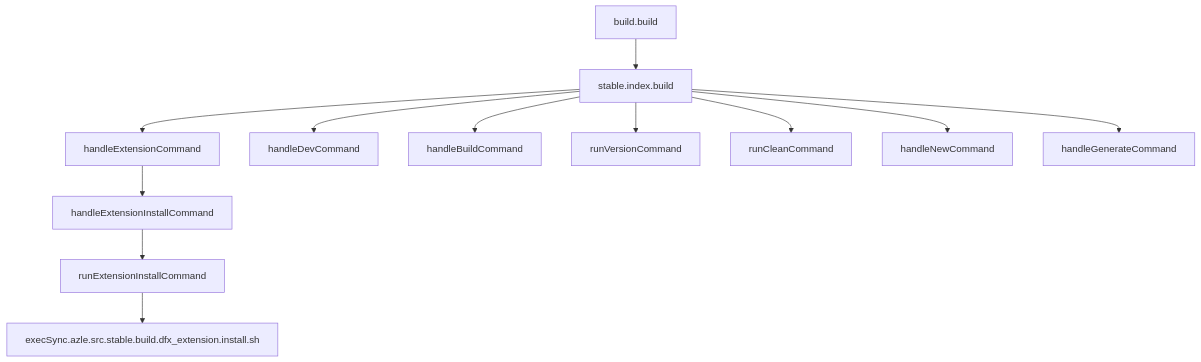
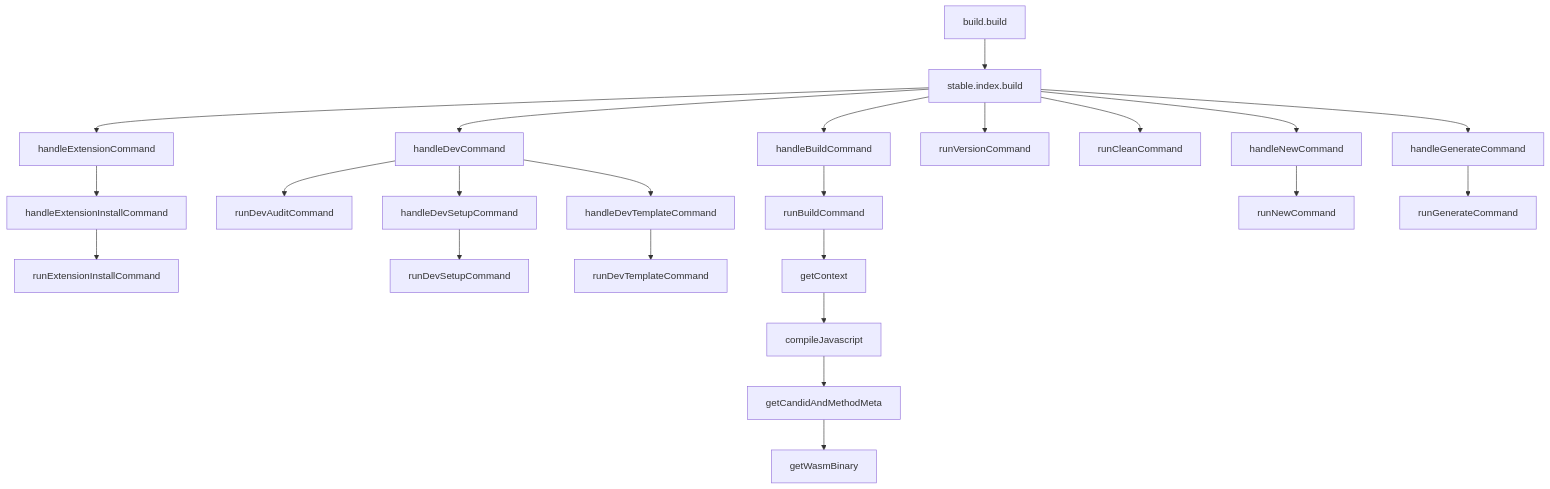
Before and after one commit to demergent-labs/azle: the diagram in azle-flow.md, drawn with Mermaid.

````diff
--- a/azle-flow.md
+++ b/azle-flow.md
@@ -3,14 +3,15 @@
 ```mermaid
 graph TD;
     build.build-->stable.index.build;
     stable.index.build-->handleExtensionCommand;
-    handleExtensionCommand-->handleExtensionInstallCommand;
-    handleExtensionInstallCommand-->runExtensionInstallCommand;
-    runExtensionInstallCommand-->execSync.azle.src.stable.build.dfx_extension.install.sh;
+    handleExtensionCommand-->handleExtensionInstallCommand-->runExtensionInstallCommand
     stable.index.build-->handleDevCommand;
-    stable.index.build-->handleBuildCommand;
+    handleDevCommand-->runDevAuditCommand;
+    handleDevCommand-->handleDevSetupCommand-->runDevSetupCommand;
+    handleDevCommand-->handleDevTemplateCommand-->runDevTemplateCommand;
+    stable.index.build-->handleBuildCommand-->runBuildCommand-->getContext-->compileJavascript-->getCandidAndMethodMeta-->getWasmBinary;
     stable.index.build-->runVersionCommand;
     stable.index.build-->runCleanCommand;
-    stable.index.build-->handleNewCommand;
-    stable.index.build-->handleGenerateCommand;
+    stable.index.build-->handleNewCommand-->runNewCommand;
+    stable.index.build-->handleGenerateCommand-->runGenerateCommand;
 ```
````
